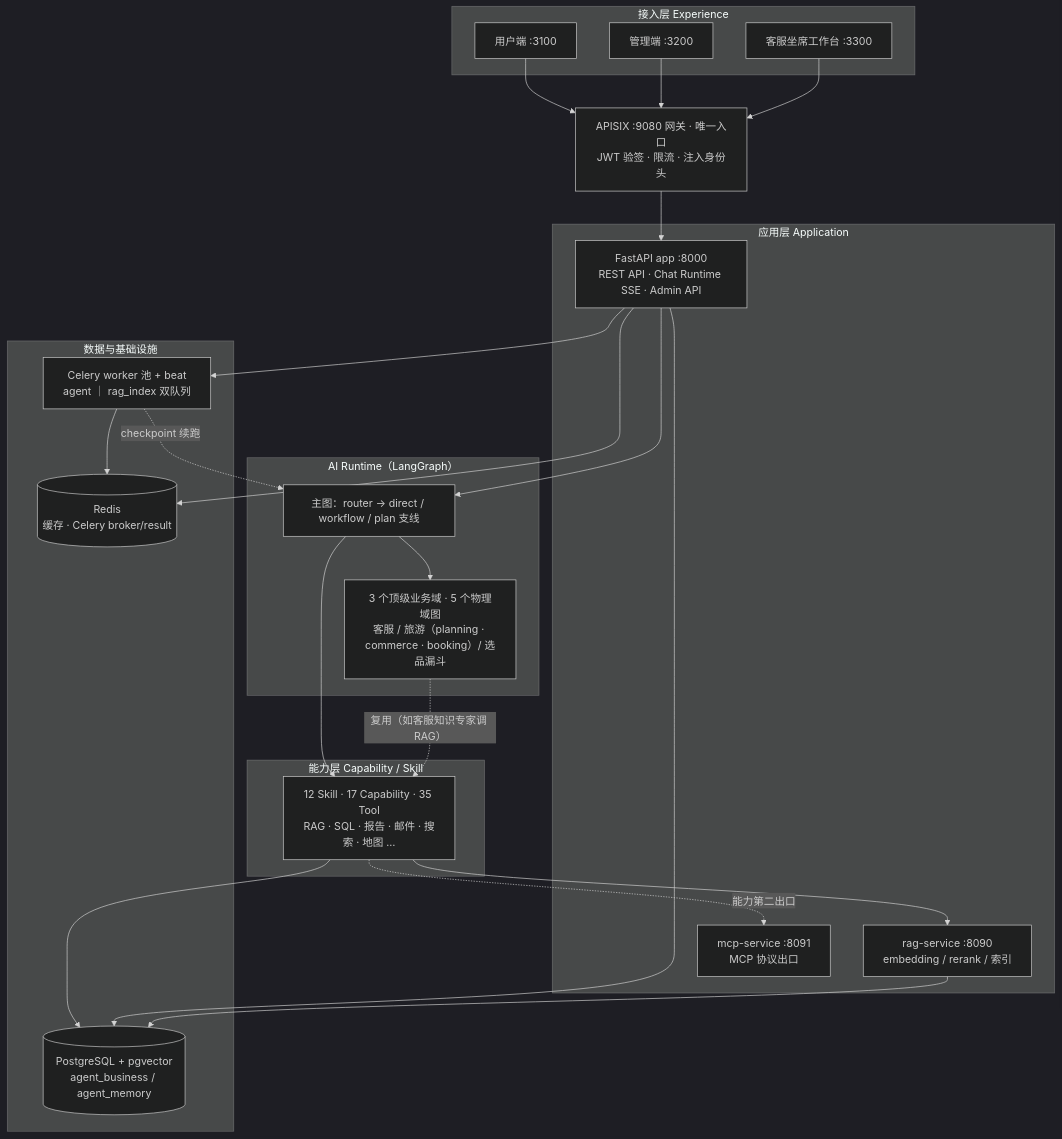
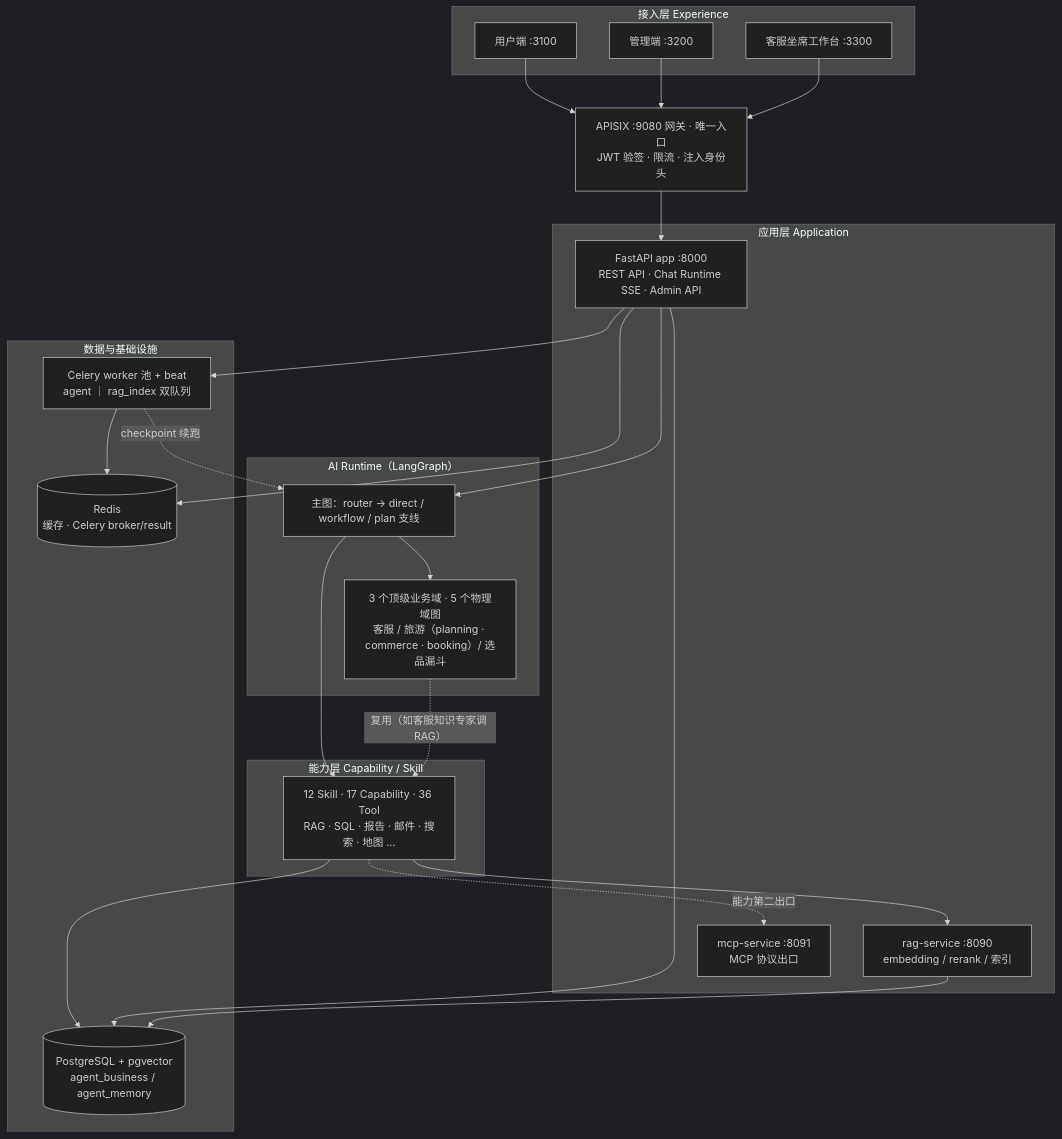
One commit to Jayus-07/agent changed the first of 3 diagrams in README.md. Above: the diagram before and after it, drawn with Mermaid (dark theme). The commit also changed other lines of this file and 7 other files, not shown here.

````diff
--- a/README.md
+++ b/README.md
@@ -21,49 +21,49 @@
 ```mermaid
 flowchart TB
     subgraph EXP["接入层 Experience"]
         WEB["用户端 :3100"]
         ADM["管理端 :3200"]
         CSW["客服坐席工作台 :3300"]
     end
 
     GW["APISIX :9080 网关 · 唯一入口<br/>JWT 验签 · 限流 · 注入身份头"]
 
     subgraph APPL["应用层 Application"]
         APP["FastAPI app :8000<br/>REST API · Chat Runtime SSE · Admin API"]
         RAGS["rag-service :8090<br/>embedding / rerank / 索引"]
         MCPS["mcp-service :8091<br/>MCP 协议出口"]
     end
 
     subgraph AIRT["AI Runtime（LangGraph）"]
         MAIN["主图：router → direct / workflow / plan 支线"]
         DOM["3 个顶级业务域 · 5 个物理域图<br/>客服 / 旅游（planning · commerce · booking）/ 选品漏斗"]
     end
 
     subgraph CAPL["能力层 Capability / Skill"]
-        SK["12 Skill · 17 Capability · 35 Tool<br/>RAG · SQL · 报告 · 邮件 · 搜索 · 地图 …"]
+        SK["12 Skill · 17 Capability · 36 Tool<br/>RAG · SQL · 报告 · 邮件 · 搜索 · 地图 …"]
     end
 
     subgraph INFRA["数据与基础设施"]
         PG[("PostgreSQL + pgvector<br/>agent_business / agent_memory")]
         RD[("Redis<br/>缓存 · Celery broker/result")]
         CEL["Celery worker 池 + beat<br/>agent ｜ rag_index 双队列"]
     end
 
     WEB --> GW
     ADM --> GW
     CSW --> GW
     GW --> APP
     APP --> MAIN
     MAIN --> DOM
     MAIN --> SK
     DOM -.->|"复用（如客服知识专家调 RAG）"| SK
     SK --> RAGS
     SK --> PG
     APP --> CEL
     APP --> PG
     APP --> RD
     CEL --> RD
     RAGS --> PG
     SK -.->|"能力第二出口"| MCPS
     CEL -.->|"checkpoint 续跑"| MAIN
 ```
````
